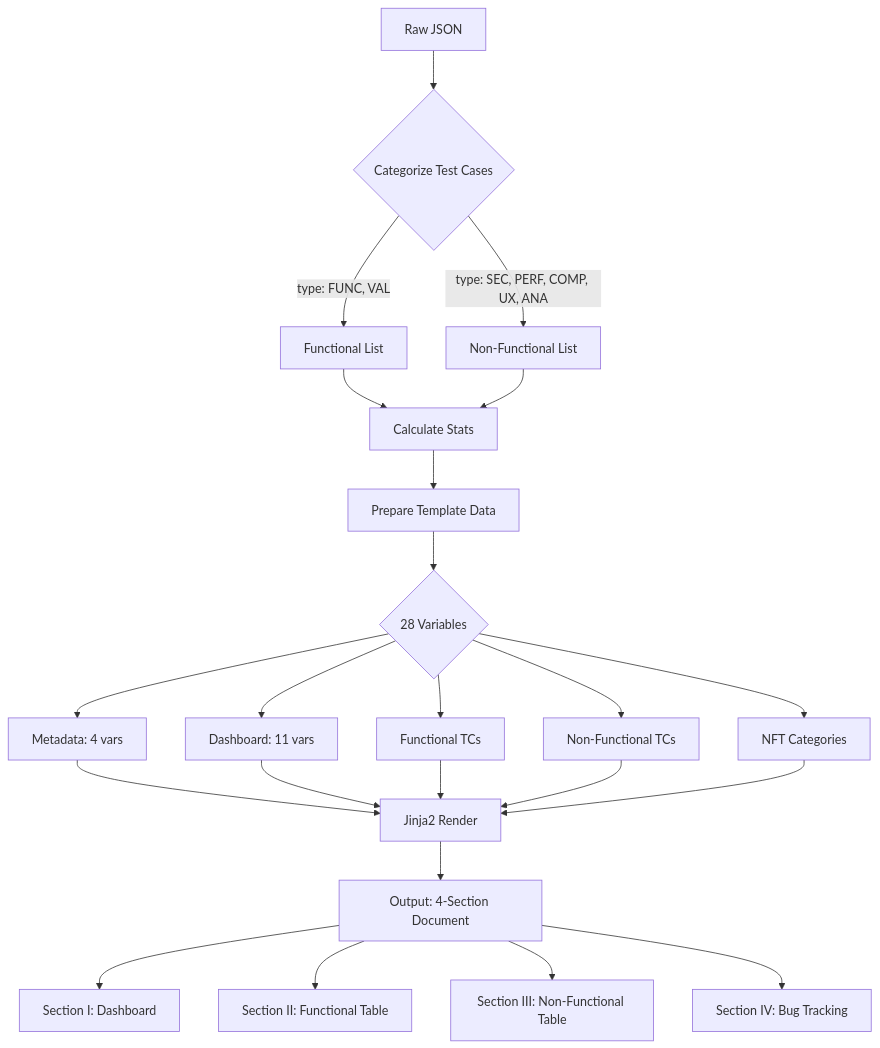
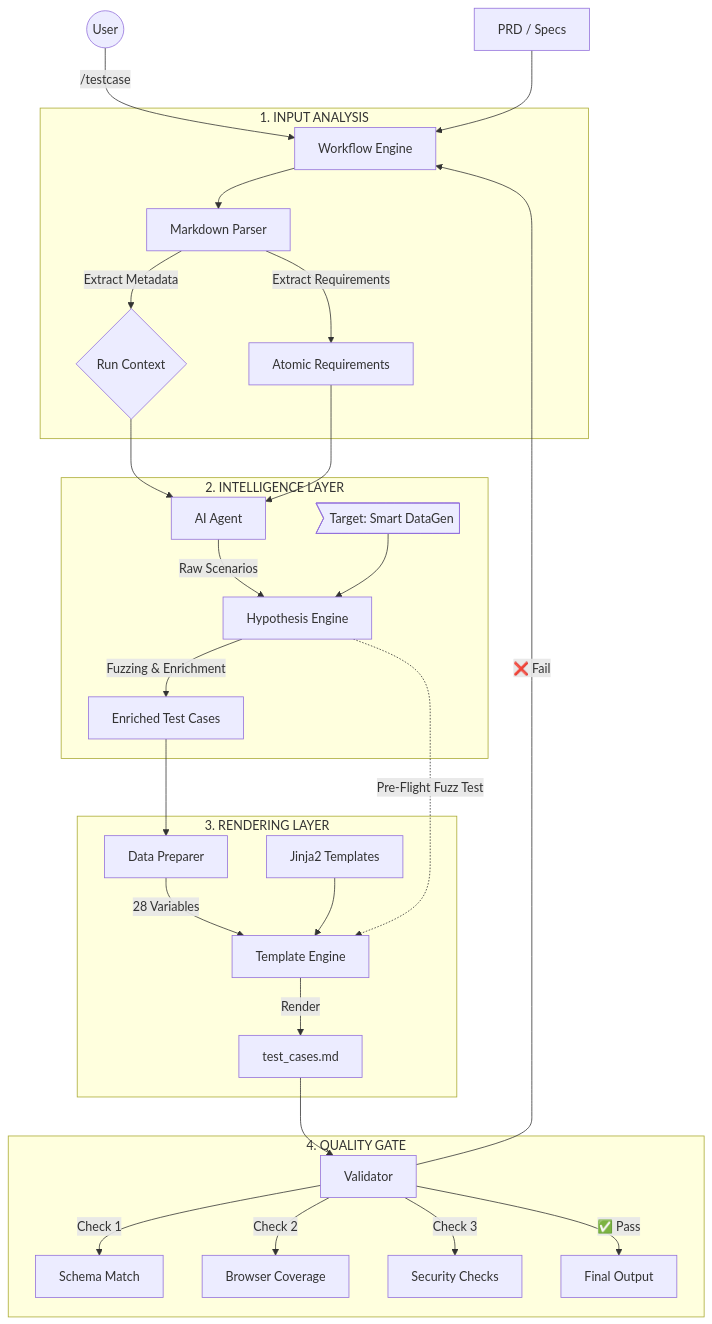
One commit to TNMThangHo/workflowtest changed the diagram in docs/workflow_diagram.md. Above: the diagram before and after it, drawn with Mermaid. The commit also changed other lines of this file and 17 other files, not shown here.

Commit message:
feat: integrate hypothesis for smart data generation and fuzz testing

````diff
--- a/docs/workflow_diagram.md
+++ b/docs/workflow_diagram.md
@@ -162,31 +7,48 @@
 ```mermaid
-flowchart TD
-    A[Raw JSON] --> B{Categorize Test Cases}
-    B -->|type: FUNC, VAL| C[Functional List]
-    B -->|type: SEC, PERF, COMP, UX, ANA| D[Non-Functional List]
+graph TD
+    %% User Input
+    User((User)) -->|"/testcase"| Main[Workflow Engine]
+    PRD[PRD / Specs] --> Main
 
-    C --> E[Calculate Stats]
-    D --> E
+    %% Phase 1: Preparation
+    subgraph "1. INPUT ANALYSIS"
+        Main --> Parser[Markdown Parser]
+        Parser -->|Extract Metadata| Context{Run Context}
+        Parser -->|Extract Requirements| Req[Atomic Requirements]
+    end
 
-    E --> F[Prepare Template Data]
+    %% Phase 2: Intelligence
+    subgraph "2. INTELLIGENCE LAYER"
+        Context --> AI[AI Agent]
+        Req --> AI
 
-    F --> G{28 Variables}
-    G --> G1[Metadata: 4 vars]
-    G --> G2[Dashboard: 11 vars]
-    G --> G3[Functional TCs]
-    G --> G4[Non-Functional TCs]
-    G --> G5[NFT Categories]
+        AI -->|Raw Scenarios| Hypo[Hypothesis Engine]
 
-    G1 --> H[Jinja2 Render]
-    G2 --> H
-    G3 --> H
-    G4 --> H
-    G5 --> H
+        note1>Target: Smart DataGen] --> Hypo
+        Hypo -->|Fuzzing & Enrichment| EnrichedJson[Enriched Test Cases]
+    end
 
-    H --> I[Output: 4-Section Document]
+    %% Phase 3: Rendering
+    subgraph "3. RENDERING LAYER"
+        EnrichedJson --> Exporter[Data Preparer]
+        Exporter -->|28 Variables| TmplEng[Template Engine]
 
-    I --> J[Section I: Dashboard]
-    I --> K[Section II: Functional Table]
-    I --> L[Section III: Non-Functional Table]
-    I --> M[Section IV: Bug Tracking]
+        Tmpl[Jinja2 Templates] --> TmplEng
+        TmplEng -->|Render| Markdown[test_cases.md]
+    end
+
+    %% Phase 4: Quality Assurance
+    subgraph "4. QUALITY GATE"
+        Markdown --> Validator[Validator]
+
+        Validator -->|Check 1| Schema[Schema Match]
+        Validator -->|Check 2| Browser[Browser Coverage]
+        Validator -->|Check 3| Security[Security Checks]
+
+        Validator -- "❌ Fail" --> Main
+        Validator -- "✅ Pass" --> Final[Final Output]
+    end
+
+    %% Self-Healing Loop
+    Hypo -.->|Pre-Flight Fuzz Test| TmplEng
 ```
````
